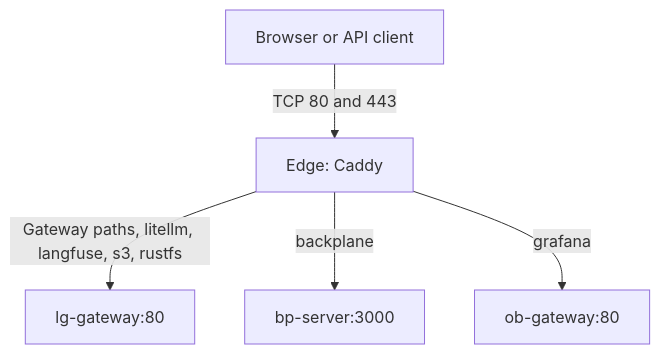
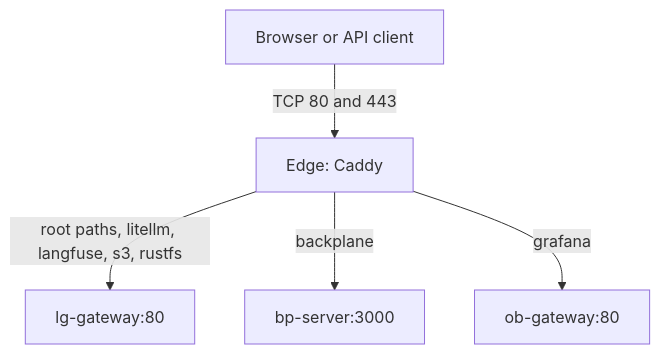
The diagram in docs/DESIGN.md (autonomiceng/platform-edge), drawn with Mermaid before and after one commit. The commit also changed other lines of this file and 14 other files, not shown here.

````diff
--- a/docs/DESIGN.md
+++ b/docs/DESIGN.md
@@ -35,7 +53,7 @@
 ```mermaid
 flowchart TD
     client[Browser or API client] -->|TCP 80 and 443| edge[Edge: Caddy]
-    edge -->|Gateway paths, litellm, langfuse, s3, rustfs| gateway[lg-gateway:80]
+    edge -->|root paths, litellm, langfuse, s3, rustfs| gateway[lg-gateway:80]
     edge -->|backplane| backplane[bp-server:3000]
     edge -->|grafana| observability[ob-gateway:80]
 ```
````
